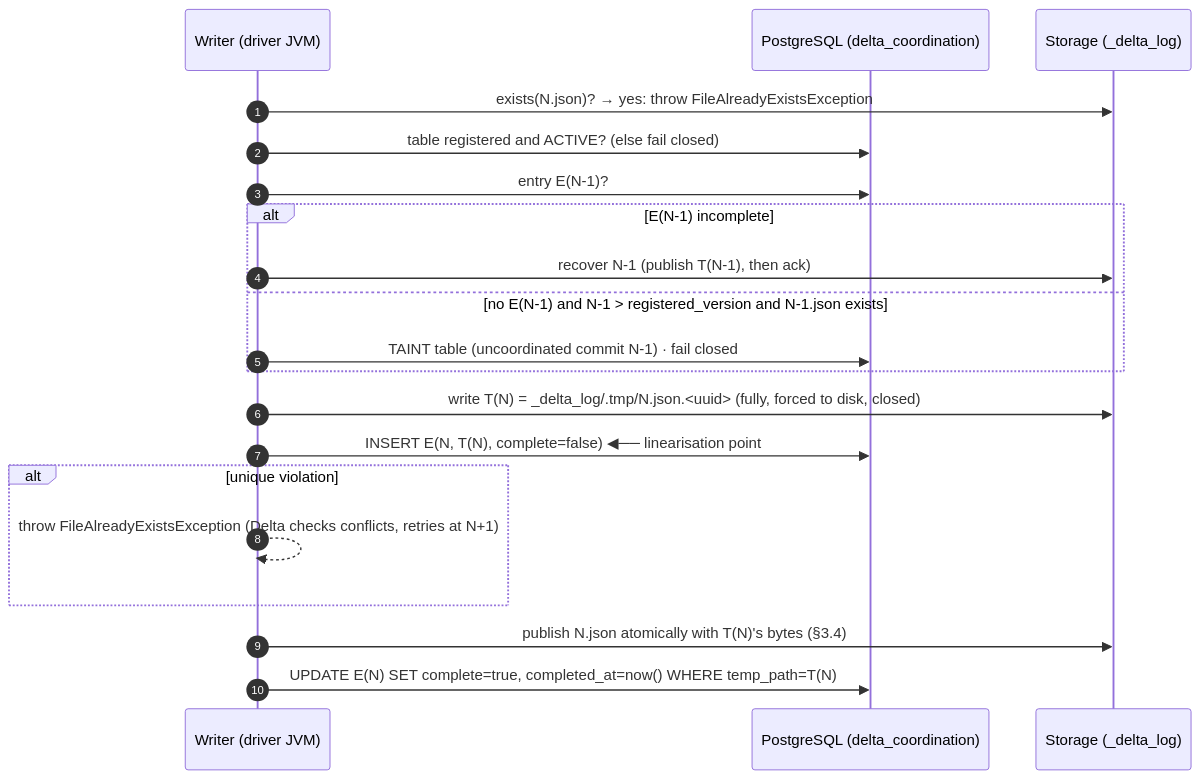
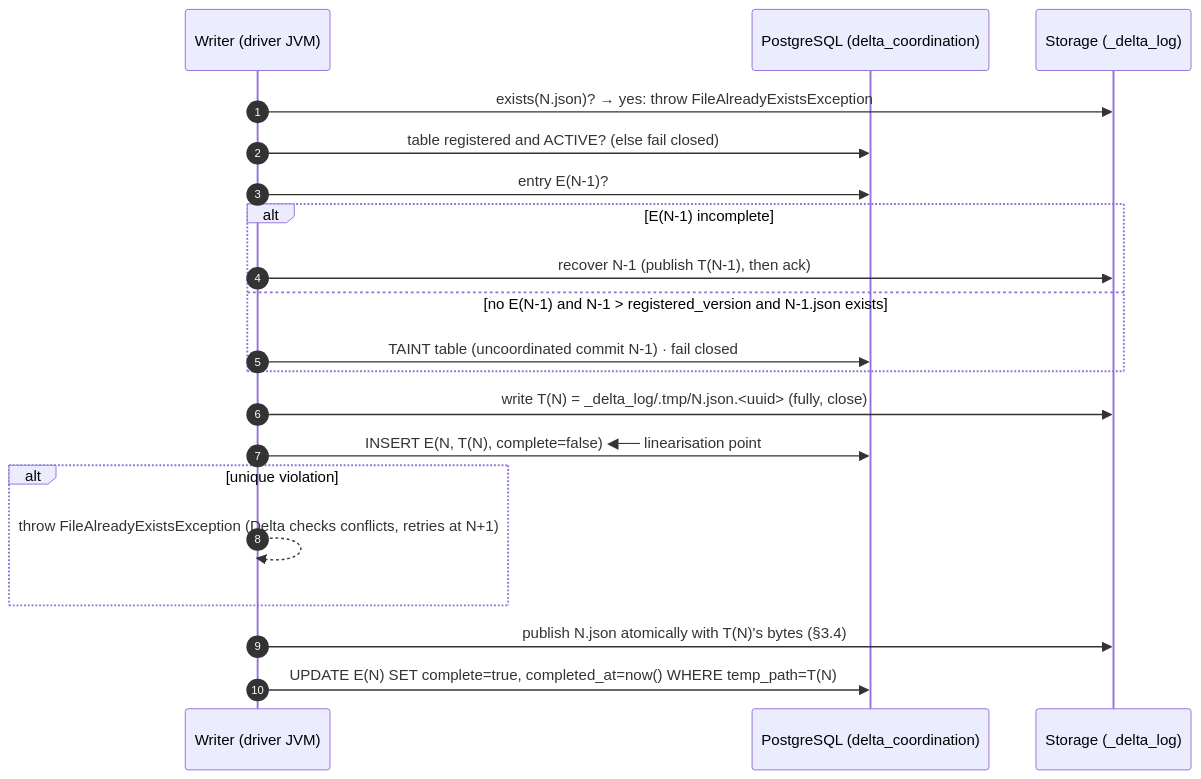
The diagram in docs/adr/0004-postgresql-coordinated-delta-logstore.md (MiguelOrtegaMilla/lakehouse-ingestion-framework), drawn with Mermaid before and after one commit. The commit also changed other lines of this file and 3 other files, not shown here.

````diff
--- a/docs/adr/0004-postgresql-coordinated-delta-logstore.md
+++ b/docs/adr/0004-postgresql-coordinated-delta-logstore.md
@@ -101,23 +102,23 @@
 ```mermaid
 sequenceDiagram
   autonumber
   participant W as Writer (driver JVM)
   participant PG as PostgreSQL (delta_coordination)
   participant FS as Storage (_delta_log)
 
   W->>FS: exists(N.json)? → yes: throw FileAlreadyExistsException
   W->>PG: table registered and ACTIVE? (else fail closed)
   W->>PG: entry E(N-1)?
   alt E(N-1) incomplete
     W->>FS: recover N-1 (publish T(N-1), then ack)
   else no E(N-1) and N-1 > registered_version and N-1.json exists
     W->>PG: TAINT table (uncoordinated commit N-1) · fail closed
   end
-  W->>FS: write T(N) = _delta_log/.tmp/N.json.<uuid> (fully, forced to disk, closed)
+  W->>FS: write T(N) = _delta_log/.tmp/N.json.<uuid> (fully, close)
   W->>PG: INSERT E(N, T(N), complete=false)  ◀── linearisation point
   alt unique violation
     W-->>W: throw FileAlreadyExistsException (Delta checks conflicts, retries at N+1)
   end
   W->>FS: publish N.json atomically with T(N)'s bytes (§3.4)
   W->>PG: UPDATE E(N) SET complete=true, completed_at=now() WHERE temp_path=T(N)
 ```
````
